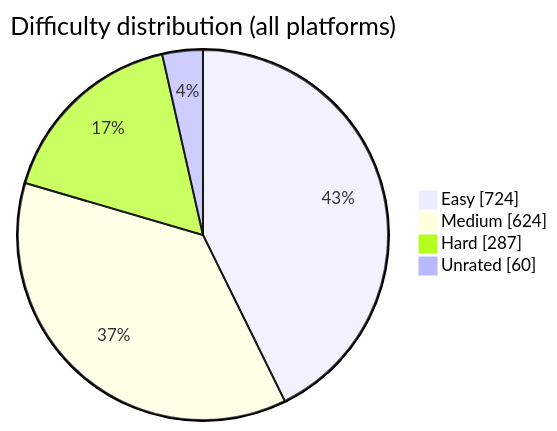
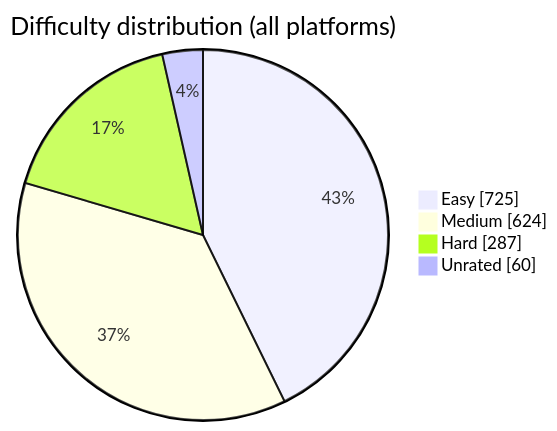
Before and after one commit to BuildbyArindam/Daily-Coding-Log: the diagram in README.md, drawn with Mermaid. The commit also changed other lines of this file, not shown here.

````diff
--- a/README.md
+++ b/README.md
@@ -93,7 +93,7 @@
 ```mermaid
 pie showData title Difficulty distribution (all platforms)
-    "Easy" : 724
+    "Easy" : 725
     "Medium" : 624
     "Hard" : 287
     "Unrated" : 60
 ```
````
